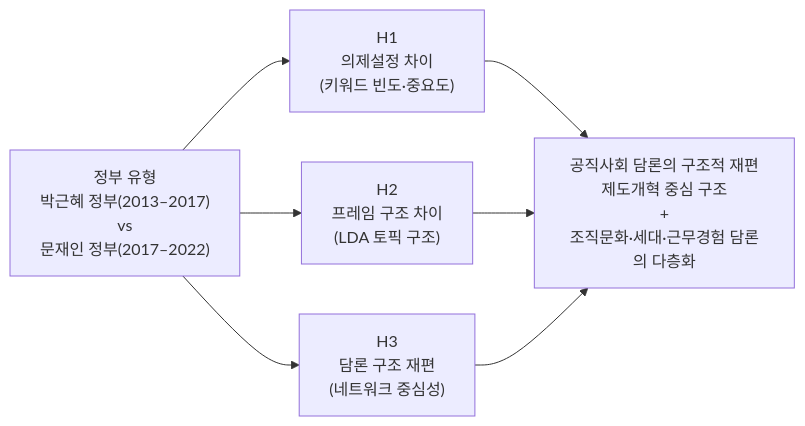
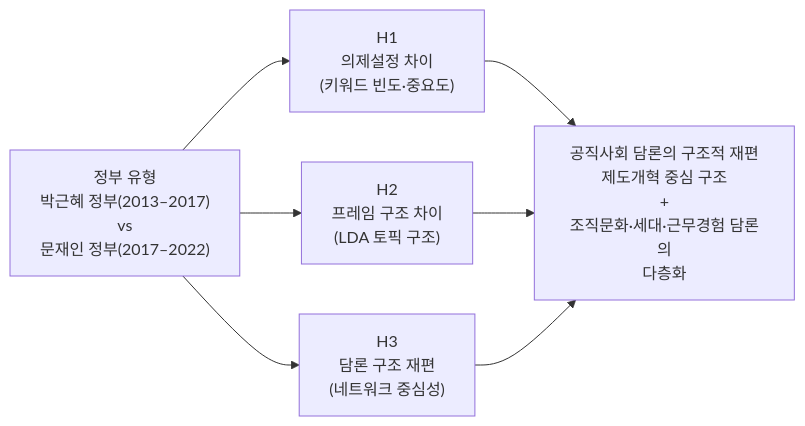
Before and after one commit to gayoung106/public_perception: the first of 4 diagrams in README.md, drawn with Mermaid. The commit also changed other lines of this file and 28 other files, not shown here.

````diff
--- a/README.md
+++ b/README.md
@@ -40,19 +40,19 @@
 ```mermaid
 flowchart LR
     G["정부 유형<br>박근혜 정부(2013–2017)<br>vs<br>문재인 정부(2017–2022)"]
 
     H1["H1<br>의제설정 차이<br>(키워드 빈도·중요도)"]
     H2["H2<br>프레임 구조 차이<br>(LDA 토픽 구조)"]
     H3["H3<br>담론 구조 재편<br>(네트워크 중심성)"]
 
-    R["공직사회 담론의 구조적 재편<br>제도개혁 중심 구조<br>+<br>조직문화·세대·근무경험 담론의 다층화"]
+    R["공직사회 담론의 구조적 재편<br>제도개혁 중심 구조<br>+<br>조직문화·세대·근무경험 담론의<br>다층화"]
 
     G --> H1
     G --> H2
     G --> H3
 
     H1 --> R
     H2 --> R
     H3 --> R
 
 ```
````
